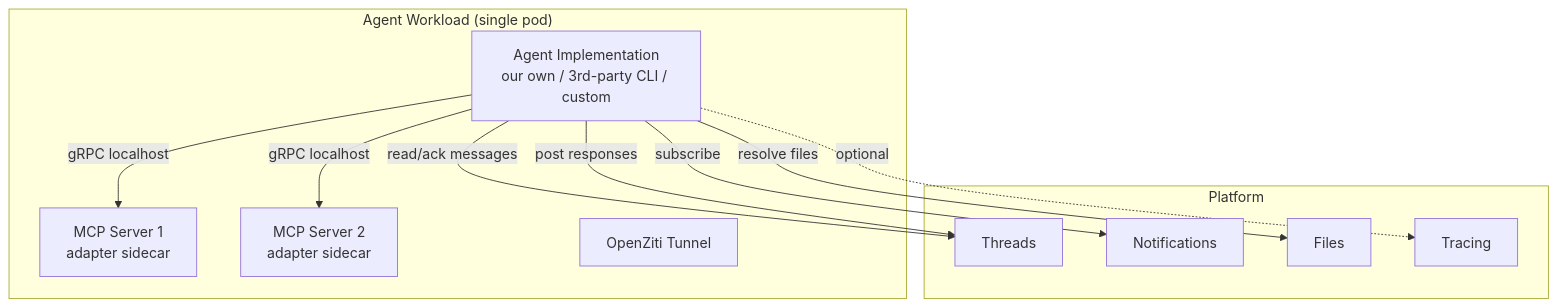
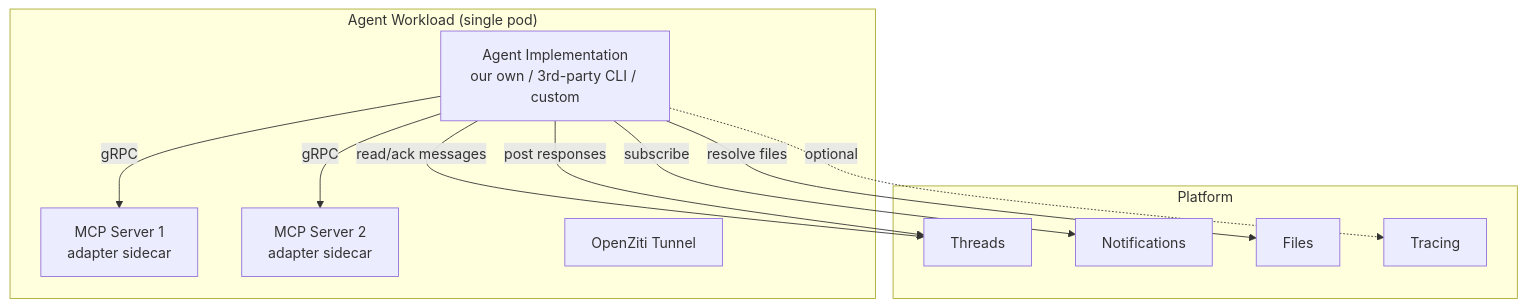
The first of 4 diagrams in architecture/agent/overview.md (agynio/architecture), drawn with Mermaid before and after one commit. The commit also changed other lines of this file and 4 other files, not shown here.

````diff
--- a/architecture/agent/overview.md
+++ b/architecture/agent/overview.md
@@ -13,24 +13,24 @@
 ```mermaid
 graph TB
     subgraph "Agent Workload (single pod)"
         Impl[Agent Implementation<br/>our own / 3rd-party CLI / custom]
         MCP1[MCP Server 1<br/>adapter sidecar]
         MCP2[MCP Server 2<br/>adapter sidecar]
         Ziti[OpenZiti Tunnel]
-        Impl -->|gRPC localhost| MCP1
-        Impl -->|gRPC localhost| MCP2
+        Impl -->|gRPC| MCP1
+        Impl -->|gRPC| MCP2
     end
 
     subgraph Platform
         Threads
         Notifications
         Files
         Tracing
     end
 
     Impl -->|read/ack messages| Threads
     Impl -->|post responses| Threads
     Impl -->|resolve files| Files
     Impl -->|subscribe| Notifications
     Impl -.->|optional| Tracing
 ```
````
